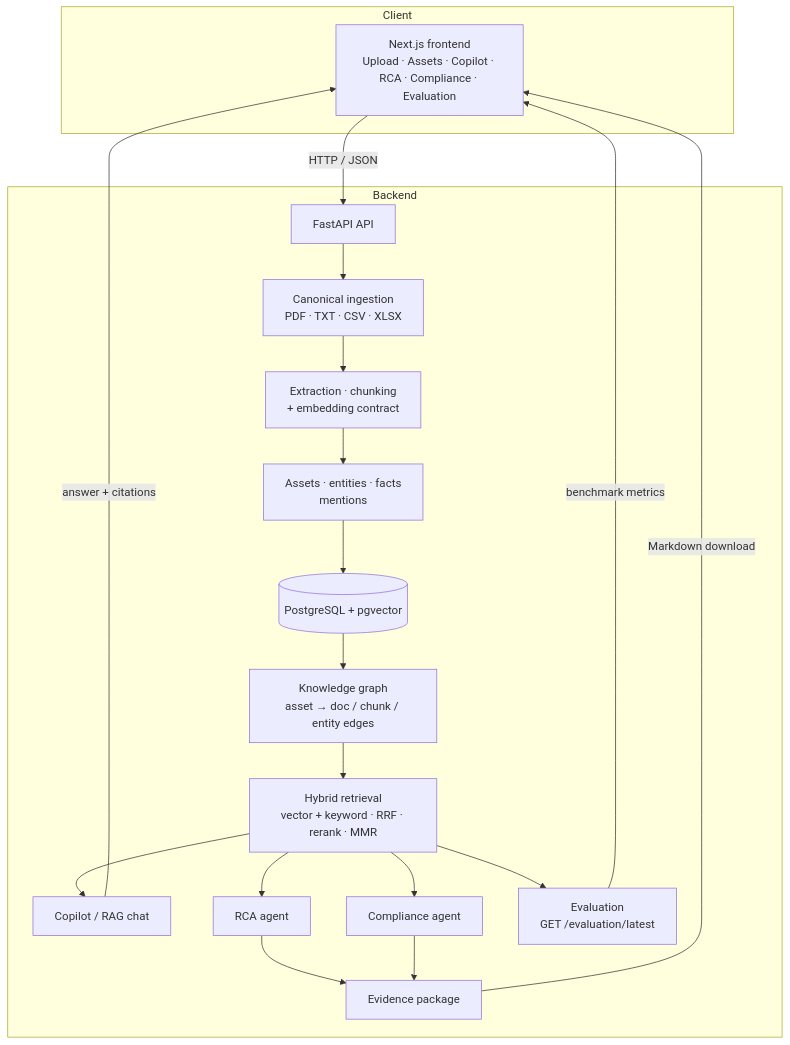
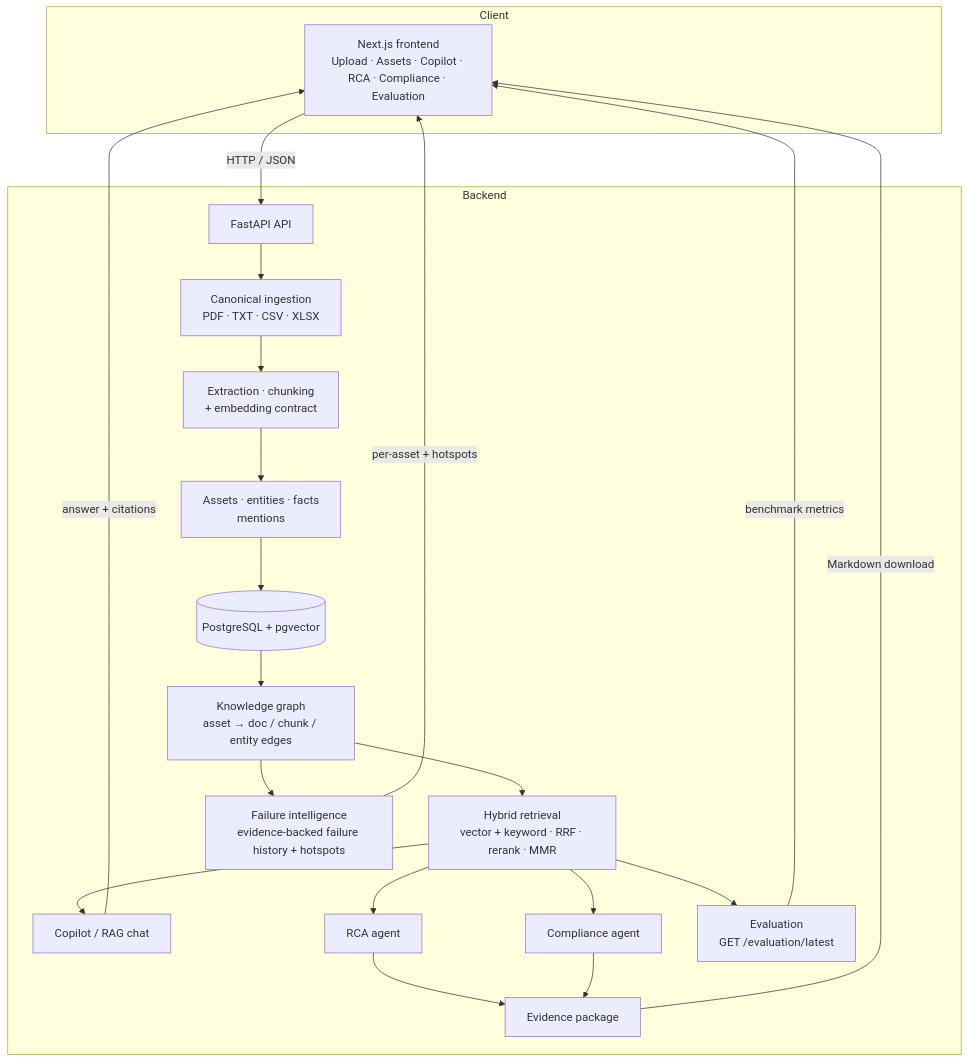
The diagram in docs/architecture.md (ankitraj-23/assetmind-ai), drawn with Mermaid before and after one commit. The commit also changed other lines of this file and 4 other files, not shown here.

````diff
--- a/docs/architecture.md
+++ b/docs/architecture.md
@@ -10,27 +10,29 @@
 ```mermaid
 flowchart TD
     subgraph Client
         FE[Next.js frontend<br/>Upload · Assets · Copilot · RCA · Compliance · Evaluation]
     end
 
     FE -->|HTTP / JSON| API[FastAPI API]
 
     subgraph Backend
         API --> ING[Canonical ingestion<br/>PDF · TXT · CSV · XLSX]
         ING --> EXT[Extraction · chunking<br/>+ embedding contract]
         EXT --> KG[Assets · entities · facts<br/>mentions]
         KG --> DB[(PostgreSQL + pgvector)]
         DB --> GRAPH[Knowledge graph<br/>asset → doc / chunk / entity edges]
         GRAPH --> RET[Hybrid retrieval<br/>vector + keyword · RRF · rerank · MMR]
         RET --> COP[Copilot / RAG chat]
         RET --> RCA[RCA agent]
         RET --> CMP[Compliance agent]
         RCA --> EVP[Evidence package]
         CMP --> EVP
+        GRAPH --> FAIL[Failure intelligence<br/>evidence-backed failure history + hotspots]
         RET --> EVAL[Evaluation<br/>GET /evaluation/latest]
     end
 
     EVP -->|Markdown download| FE
     COP -->|answer + citations| FE
+    FAIL -->|per-asset + hotspots| FE
     EVAL -->|benchmark metrics| FE
 ```
````
